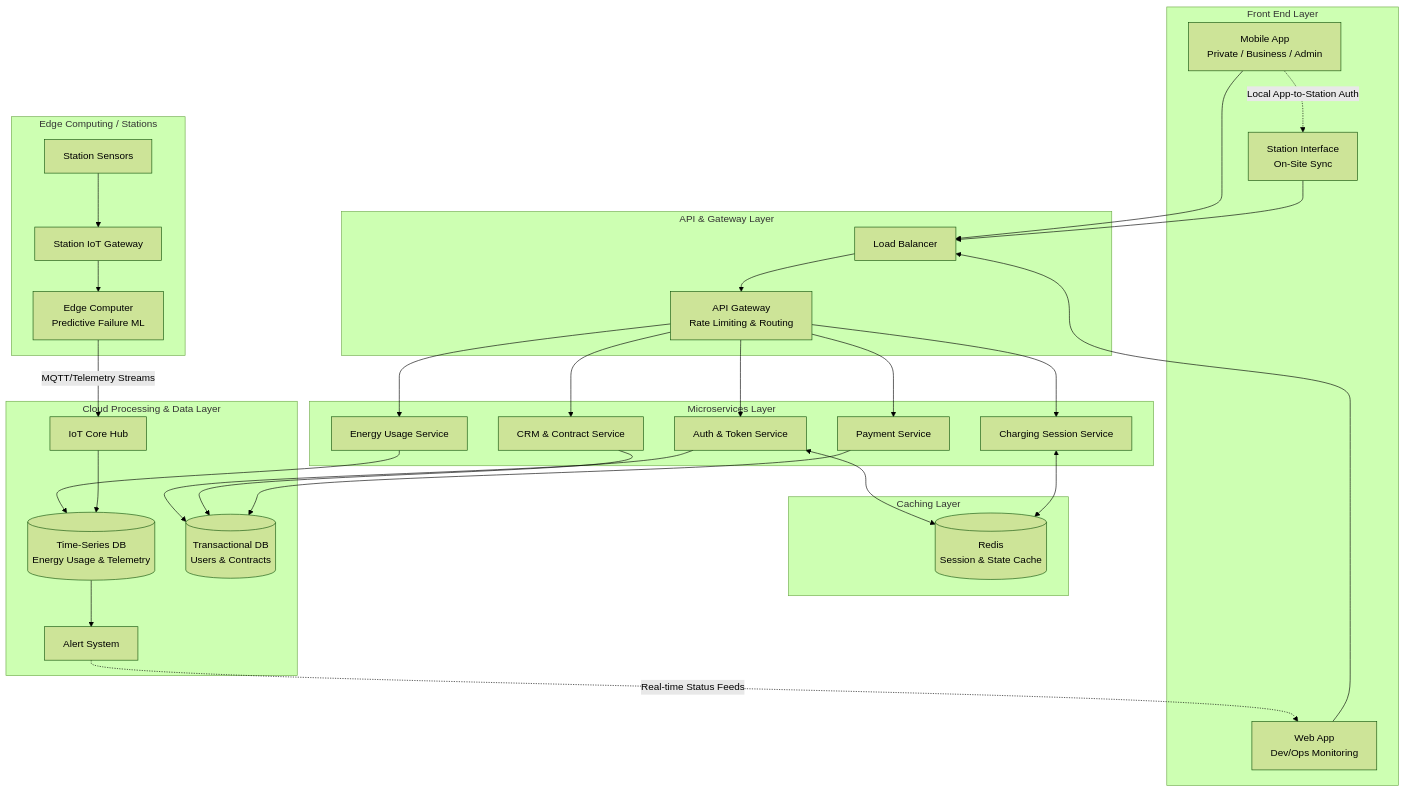
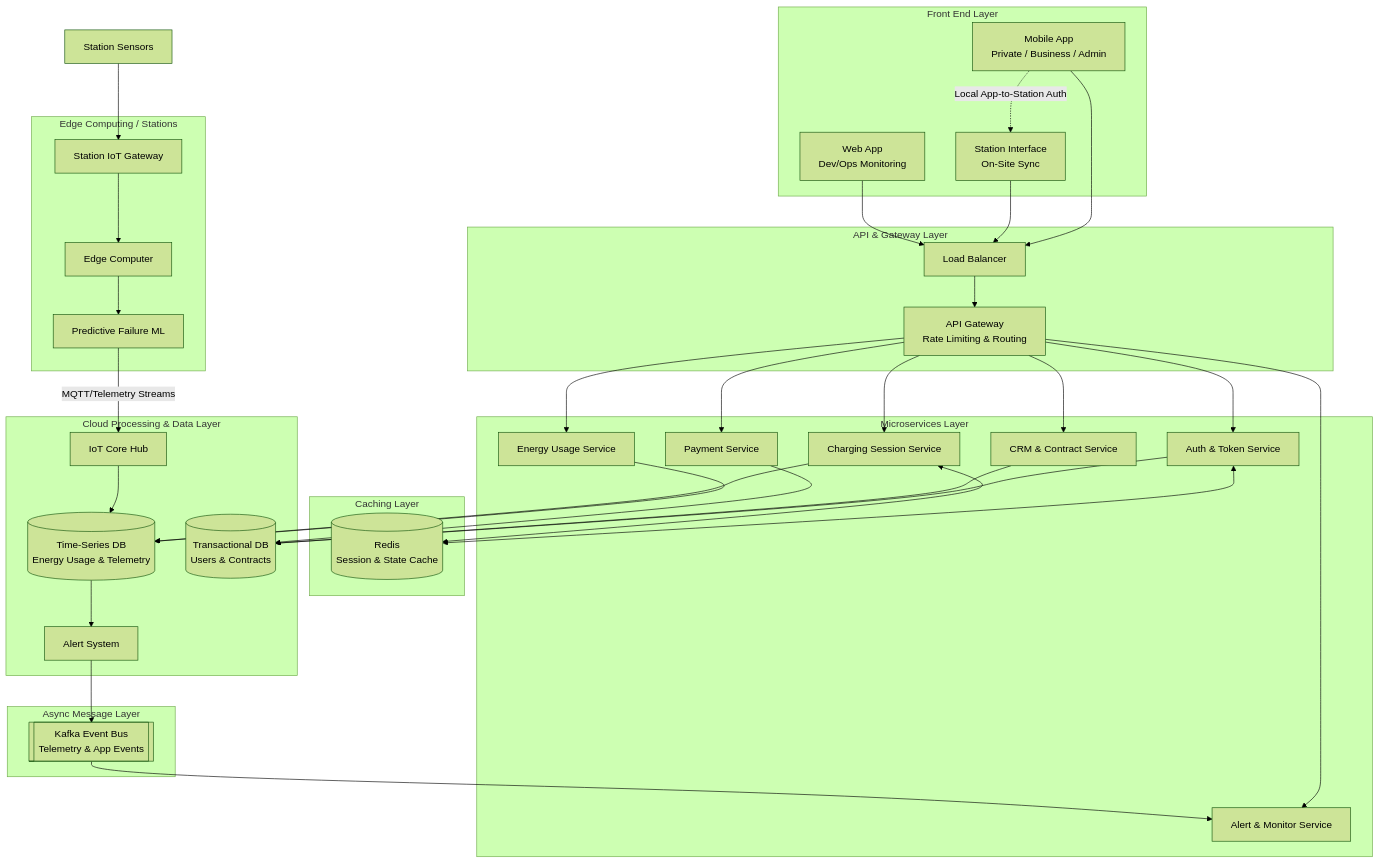
Before and after one commit to PayThePizzo/Development-Methodologies-Afternotes: the diagram in docs/examples/eleven.md, drawn with Mermaid (forest theme). The commit also changed other lines of this file, not shown here.

````diff
--- a/docs/examples/eleven.md
+++ b/docs/examples/eleven.md
@@ -178,62 +30,77 @@
 ```mermaid
 flowchart TB
+    Sensors[Station Sensors]
+
     subgraph FE[Front End Layer]
         App[Mobile App\nPrivate / Business / Admin]
         StationApp[Station Interface\nOn-Site Sync]
         WebApp[Web App\nDev/Ops Monitoring]
     end
 
     subgraph GW[API & Gateway Layer]
         LB[Load Balancer]
         APIG[API Gateway\nRate Limiting & Routing]
     end
 
     subgraph MS[Microservices Layer]
         AuthServ[Auth & Token Service]
         ChargeServ[Charging Session Service]
         PayServ[Payment Service]
         EnergyServ[Energy Usage Service]
         CRMServ[CRM & Contract Service]
+        AlertMonitorServ[Alert & Monitor Service]
     end
 
     subgraph CacheLayer[Caching Layer]
         RedisCache[(Redis\nSession & State Cache)]
     end
 
     subgraph EdgeLayer[Edge Computing / Stations]
-        Sensors[Station Sensors] --> IoTGe[Station IoT Gateway]
-        IoTGe --> EdgeComp[Edge Computer\nPredictive Failure ML]
+        IoTGe[Station IoT Gateway]
+        IoTGe --> EdgeComp[Edge Computer]
+        EdgeComp --> PredFail[Predictive Failure ML]
     end
 
     subgraph CloudData[Cloud Processing & Data Layer]
         IoTCore[IoT Core Hub]
         TSDB[(Time-Series DB\nEnergy Usage & Telemetry)]
         CoreDB[(Transactional DB\nUsers & Contracts)]
+        
         Alerts[Alert System]
     end
+
+    subgraph AsyncMessage[Async Message Layer]
+        Kafka[[Kafka Event Bus\nTelemetry & App Events]]
+    end
+
+    %% Sensors
+    Sensors --> IoTGe
+
 
     %% Interactions & Edge cases
     App -.->|Local App-to-Station Auth| StationApp
     App & StationApp & WebApp --> LB
     LB --> APIG
 
     %% Gateway Routing
     APIG --> AuthServ
     APIG --> ChargeServ
     APIG --> PayServ
     APIG --> EnergyServ
     APIG --> CRMServ
+    APIG --> AlertMonitorServ
 
     %% Cache and Fast In-Memory State Paths
     AuthServ & ChargeServ <--> RedisCache
 
     %% Storage Mapping
     AuthServ & CRMServ & PayServ --> CoreDB
     EnergyServ --> TSDB
+    ChargeServ --> TSDB
 
     %% IoT Telemetry Stream Loop
-    EdgeComp -->|MQTT/Telemetry Streams| IoTCore
+    PredFail -->|MQTT/Telemetry Streams| IoTCore
     IoTCore --> TSDB
     TSDB --> Alerts
-    Alerts -.->|Real-time Status Feeds| WebApp
+    Alerts --> Kafka --> AlertMonitorServ
 ```
````
